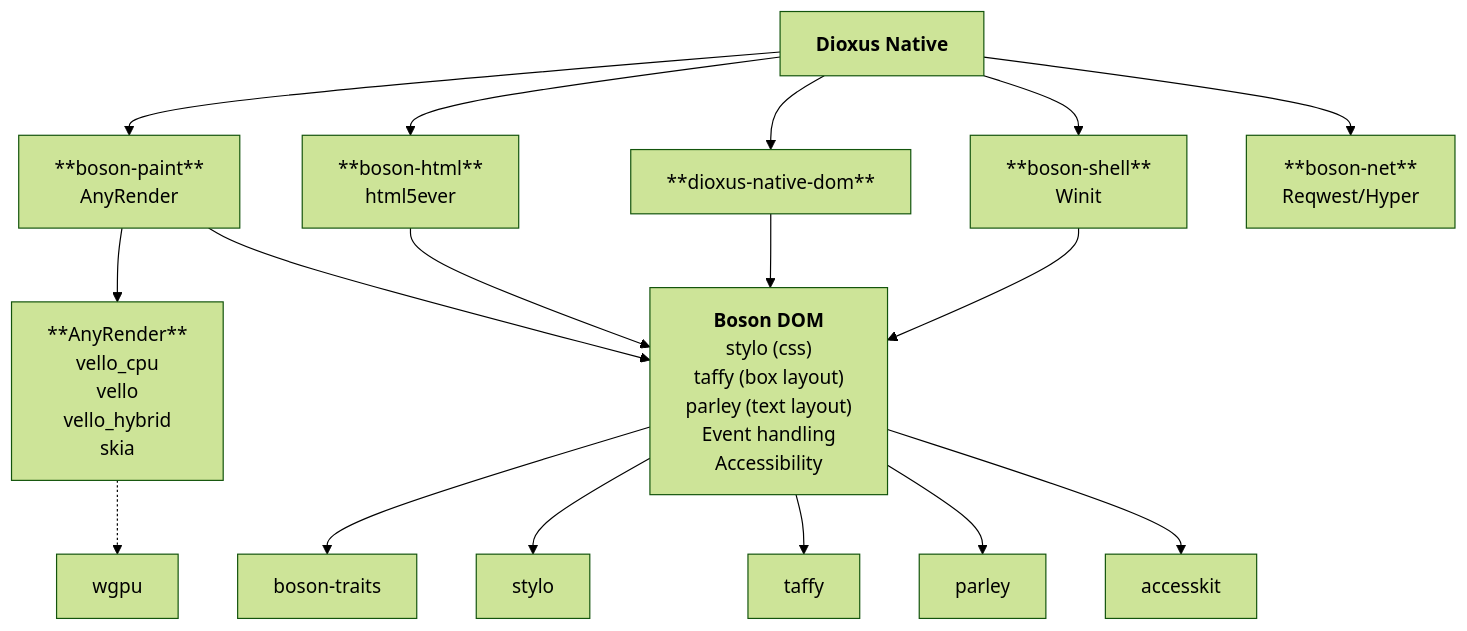
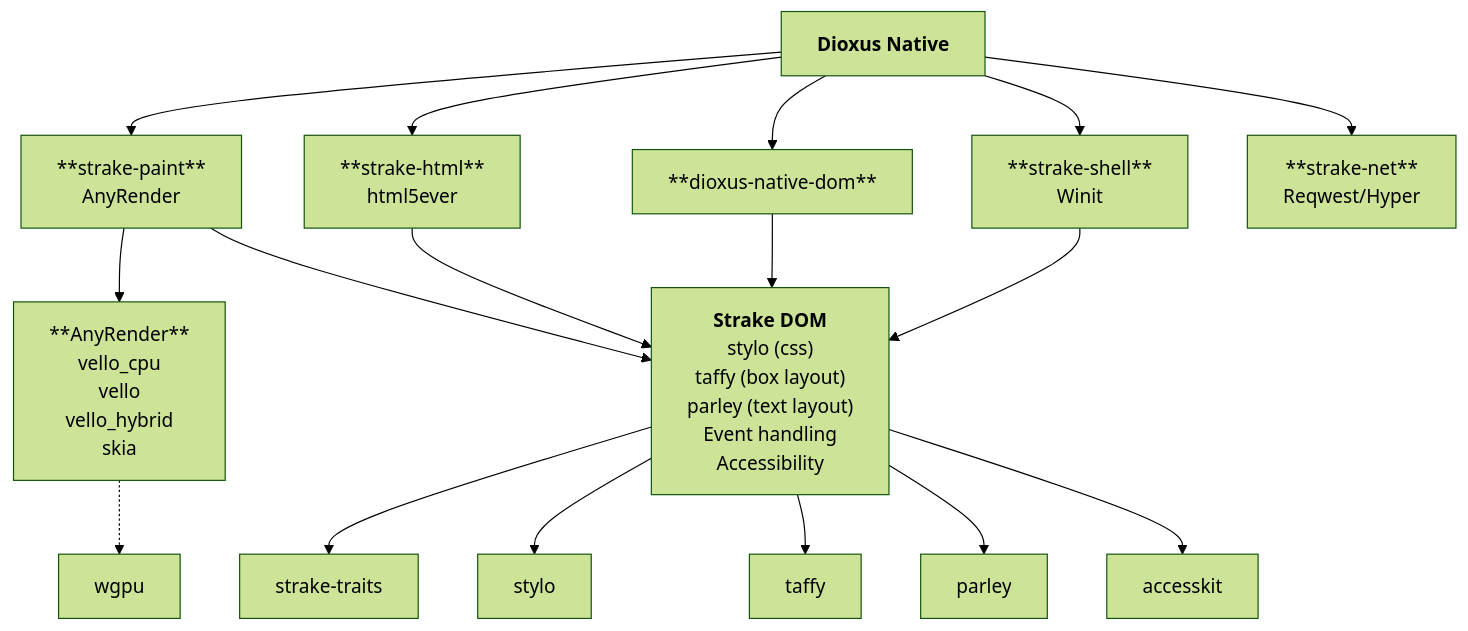
Before and after one commit to gregoreesmaa/strake: the diagram in docs/architecture.mmd, drawn with Mermaid (forest theme). The commit also changed 392 other files, not shown here.

Commit message:
rebrand: rename project and all crates from Boson to Strake

```diff
--- a/docs/architecture.mmd
+++ b/docs/architecture.mmd
@@ -1,74 +1,74 @@
 
 flowchart TB
 
-    boson-paint[**boson-paint**] --> anyrender
-    boson-paint --> boson-dom
+    strake-paint[**strake-paint**] --> anyrender
+    strake-paint --> strake-dom
 
     anyrender[**AnyRender**
     vello_cpu
     vello
     vello_hybrid
     skia]
     %% anyrender --> vello_cpu
     %% anyrender --> vello
     %% anyrender --> vello_hybrid
     %% anyrender --> skia
 
     anyrender -.-> wgpu
 
     %% vello --> wgpu
     %% vello_hybrid --> wgpu
 
-    boson-html --> boson-dom
+    strake-html --> strake-dom
 
-    boson-dom["`**Boson DOM**
+    strake-dom["`**Strake DOM**
     stylo (css)
     taffy (box layout)
     parley (text layout)
     Event handling
     Accessibility
     `"]
 
-    %% boson-net --> boson-traits
-    %% boson-html --> boson-traits
-    %% boson-shell --> boson-traits
-    boson-dom --> boson-traits
-    boson-dom --> stylo
-    boson-dom --> taffy
-    boson-dom --> parley
-    boson-dom --> accesskit
-    %% boson-dom -.-> anyrender
+    %% strake-net --> strake-traits
+    %% strake-html --> strake-traits
+    %% strake-shell --> strake-traits
+    strake-dom --> strake-traits
+    strake-dom --> stylo
+    strake-dom --> taffy
+    strake-dom --> parley
+    strake-dom --> accesskit
+    %% strake-dom -.-> anyrender
 
     dioxus-native["`**Dioxus Native**
     `"]
 
-    dioxus-native --> boson-paint[**boson-paint**
+    dioxus-native --> strake-paint[**strake-paint**
     AnyRender]
-    dioxus-native --> boson-shell[**boson-shell**
+    dioxus-native --> strake-shell[**strake-shell**
     Winit]
     dioxus-native --> dioxus-native-dom[**dioxus-native-dom**]
-    dioxus-native --> boson-net[**boson-net**
+    dioxus-native --> strake-net[**strake-net**
     Reqwest/Hyper]
-    dioxus-native --> boson-html[**boson-html**
+    dioxus-native --> strake-html[**strake-html**
     html5ever]
 
-        dioxus-native-dom --> boson-dom
+        dioxus-native-dom --> strake-dom
 
-    boson-shell --> boson-dom
+    strake-shell --> strake-dom
 
     %% Styles
 
-    %% style boson-paint fill:#0097B2,color:#FFFFFF
-    %% style boson-html color:#FFFFFF,fill:#0097B2
-    %% style boson-shell color:#FFFFFF,fill:#0097B2
-    %% style boson-net color:#FFFFFF,fill:#0097B2
-    %% style boson-dom fill:#0097B2,color:#FFFFFF
+    %% style strake-paint fill:#0097B2,color:#FFFFFF
+    %% style strake-html color:#FFFFFF,fill:#0097B2
+    %% style strake-shell color:#FFFFFF,fill:#0097B2
+    %% style strake-net color:#FFFFFF,fill:#0097B2
+    %% style strake-dom fill:#0097B2,color:#FFFFFF
     %% style anyrender fill:#5CE1E6
     %% style taffy color:#000000,fill:#5CE1E6
     %% style parley fill:#5CE1E6
     %% style dioxus-native fill:#00BF63,color:#FFFFFF
     %% style dioxus-native-dom fill:#00BF63,color:#FFFFFF
     %% style stylo color:#FFFFFF,fill:#FF5757
     %% style wgpu fill:#FF5757,color:#FFFFFF
-    %% style boson-traits color:#FFFFFF,fill:#0097B2
+    %% style strake-traits color:#FFFFFF,fill:#0097B2
     %% style accesskit color:#FFFFFF,fill:#545454
```
